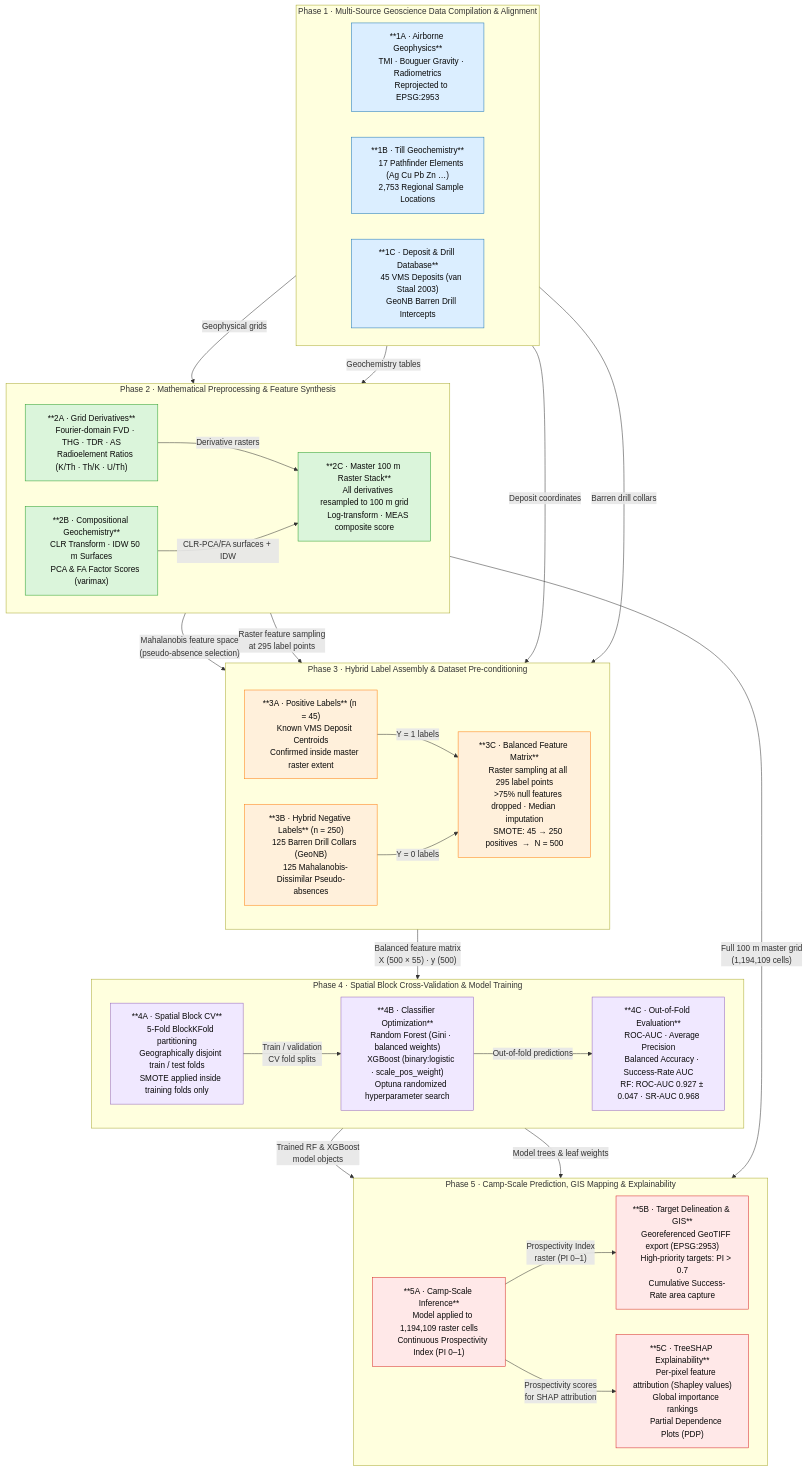
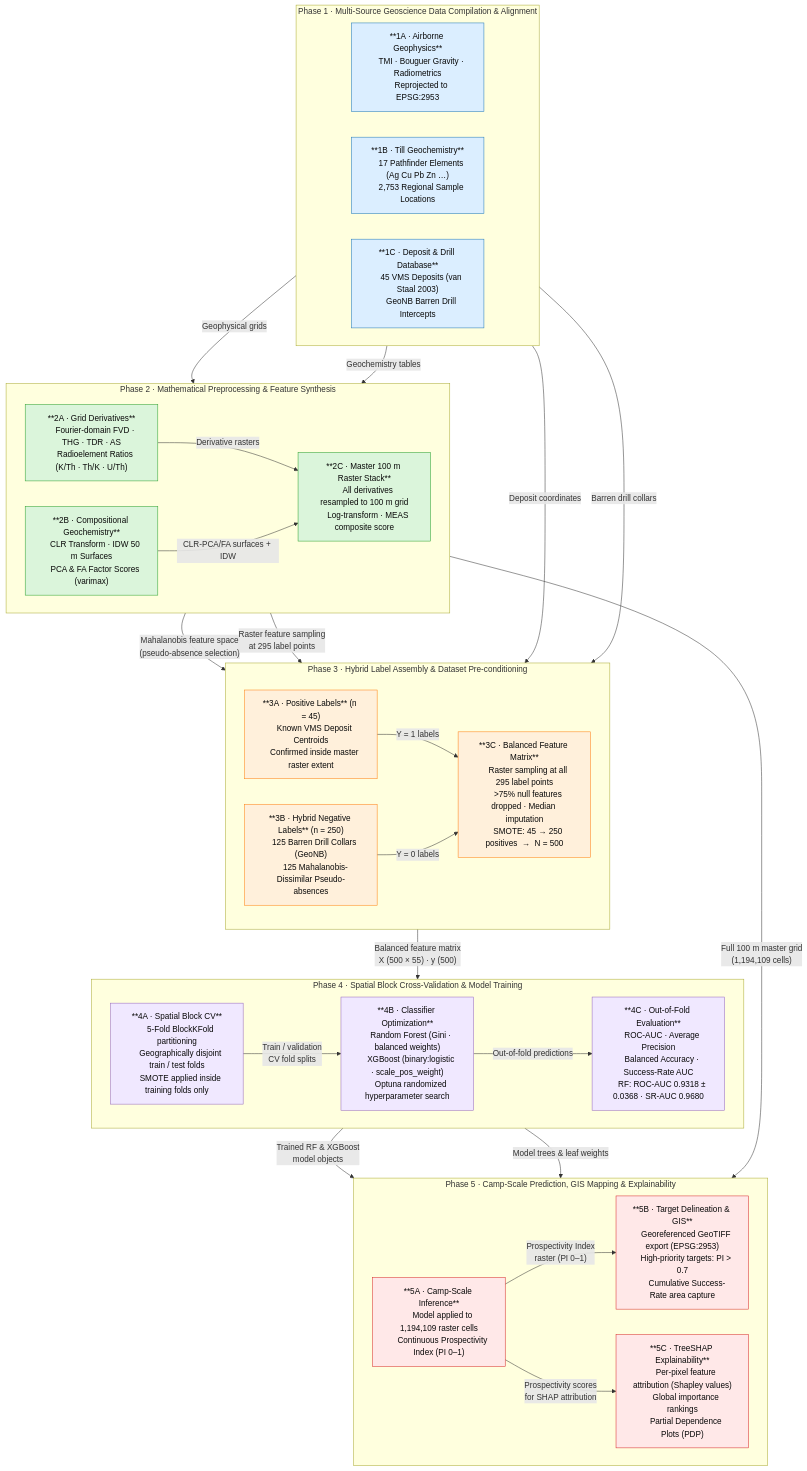
One commit to erirera/VMS-Deposit-Discovery-AI-Bathurst changed the diagram in manuscript_NRR.md. Above: the diagram before and after it, drawn with Mermaid. The commit also changed other lines of this file, not shown here.

```diff
--- a/manuscript_NRR.md
+++ b/manuscript_NRR.md
@@ -124,7 +124,7 @@
     D3["**4C · Out-of-Fold Evaluation**
     ROC-AUC · Average Precision
     Balanced Accuracy · Success-Rate AUC
-    RF: ROC-AUC 0.927 ± 0.047 · SR-AUC 0.968"]
+    RF: ROC-AUC 0.9318 ± 0.0368 · SR-AUC 0.9680"]
 end
 
 %% ── PHASE 5: MAPPING & EXPLAINABILITY ────────────────────────────────────
```
